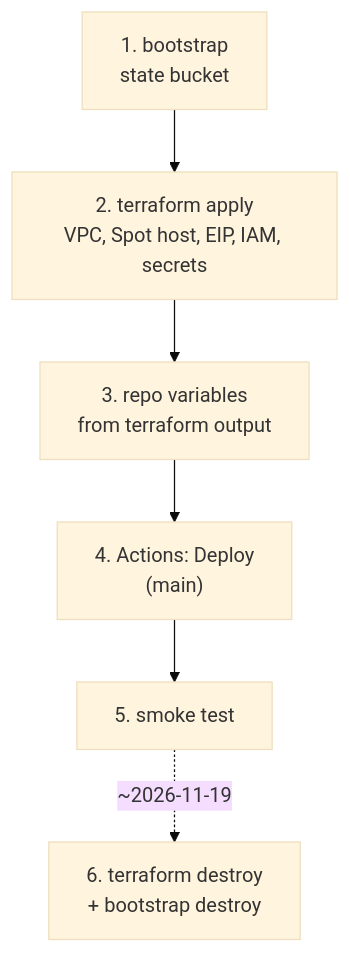
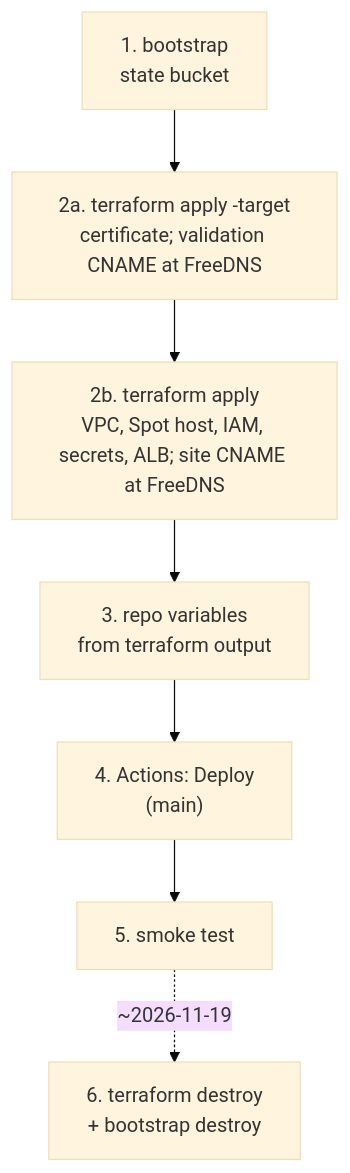
One commit to AY2627S1-CS3219-P23/foc changed the first of 2 diagrams in infra/README.md. Above: the diagram before and after it, drawn with Mermaid (base theme). The commit also changed other lines of this file and 13 other files, not shown here.

First line of the commit message:
feat(infra): serve the site over https with an ACM certificate on an ALB (#48)

````diff
--- a/infra/README.md
+++ b/infra/README.md
@@ -21,8 +25,9 @@
 ```mermaid
 flowchart TD
-  b["1. bootstrap<br/>state bucket"] --> a["2. terraform apply<br/>VPC, Spot host, EIP, IAM, secrets"]
+  b["1. bootstrap<br/>state bucket"] --> c["2a. terraform apply -target<br/>certificate; validation CNAME at FreeDNS"]
+  c --> a["2b. terraform apply<br/>VPC, Spot host, IAM, secrets, ALB; site CNAME at FreeDNS"]
   a --> v["3. repo variables<br/>from terraform output"]
   v --> d["4. Actions: Deploy<br/>(main)"]
   d --> s["5. smoke test"]
   s -.->|"~2026-11-19"| x["6. terraform destroy<br/>+ bootstrap destroy"]
 ```
````
